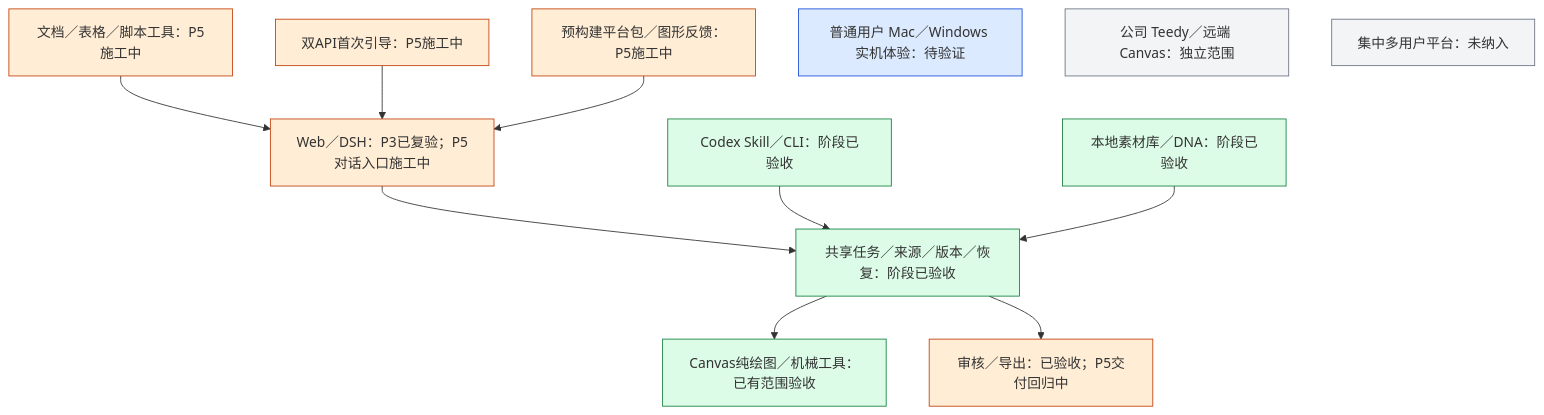
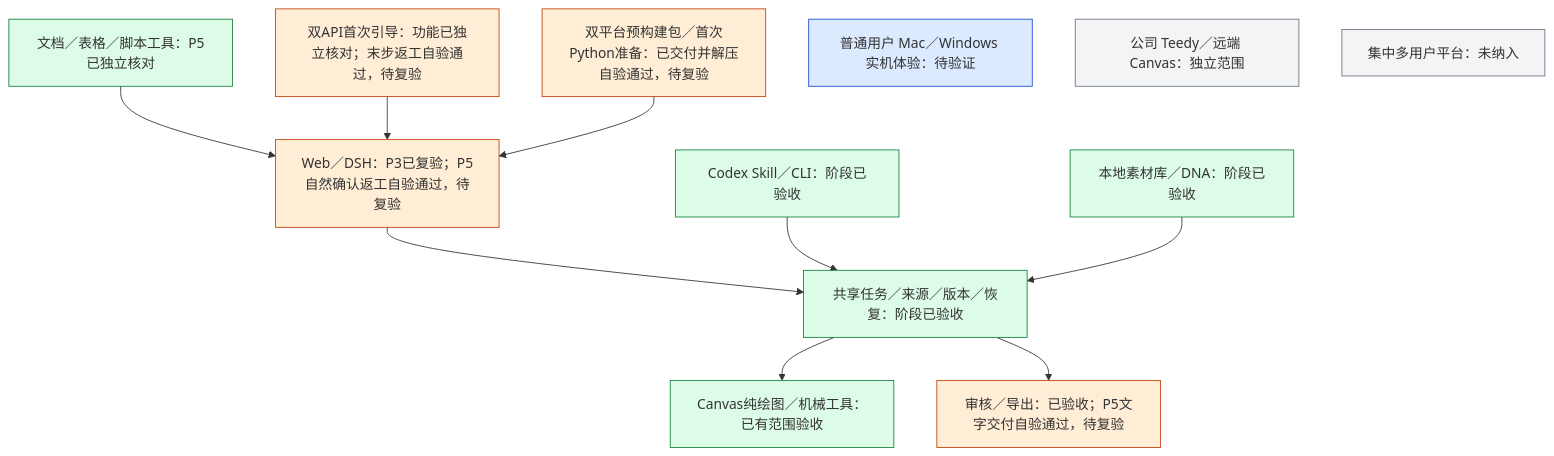
One commit to akechi0819-lgtm/creative-Agent-studio changed the diagram in docs/P5运行包.md. Above: the diagram before and after it, drawn with Mermaid. The commit also changed other lines of this file and 2 other files, not shown here.

Commit message:
Document verified P5 rework and native bundles

````diff
--- a/docs/P5运行包.md
+++ b/docs/P5运行包.md
@@ -7,22 +7,22 @@
 ```mermaid
 flowchart TB
-    WEB["Web／DSH：P3已复验；P5对话入口施工中"] --> CORE["共享任务／来源／版本／恢复：阶段已验收"]
+    WEB["Web／DSH：P3已复验；P5自然确认返工自验通过，待复验"] --> CORE["共享任务／来源／版本／恢复：阶段已验收"]
     CODEX["Codex Skill／CLI：阶段已验收"] --> CORE
     LIB["本地素材库／DNA：阶段已验收"] --> CORE
     CORE --> CANVAS["Canvas纯绘图／机械工具：已有范围验收"]
-    CORE --> EXPORT["审核／导出：已验收；P5交付回归中"]
-    TOOLS["文档／表格／脚本工具：P5施工中"] --> WEB
-    SETUP["双API首次引导：P5施工中"] --> WEB
-    DIST["预构建平台包／图形反馈：P5施工中"] --> WEB
+    CORE --> EXPORT["审核／导出：已验收；P5文字交付自验通过，待复验"]
+    TOOLS["文档／表格／脚本工具：P5已独立核对"] --> WEB
+    SETUP["双API首次引导：功能已独立核对；末步返工自验通过，待复验"] --> WEB
+    DIST["双平台预构建包／首次Python准备：已交付并解压自验通过，待复验"] --> WEB
     NEXT["普通用户 Mac／Windows 实机体验：待验证"]
     COMPANY["公司 Teedy／远端 Canvas：独立范围"]
     FUTURE["集中多用户平台：未纳入"]
     classDef done fill:#dcfce7,stroke:#15803d;
     classDef current fill:#ffedd5,stroke:#c2410c;
     classDef next fill:#dbeafe,stroke:#1d4ed8;
     classDef later fill:#f3f4f6,stroke:#6b7280;
-    class CODEX,LIB,CANVAS,CORE done;
-    class WEB,EXPORT,TOOLS,SETUP,DIST current;
+    class CODEX,LIB,CANVAS,CORE,TOOLS done;
+    class WEB,EXPORT,SETUP,DIST current;
     class NEXT next;
     class COMPANY,FUTURE later;
 ```
````
